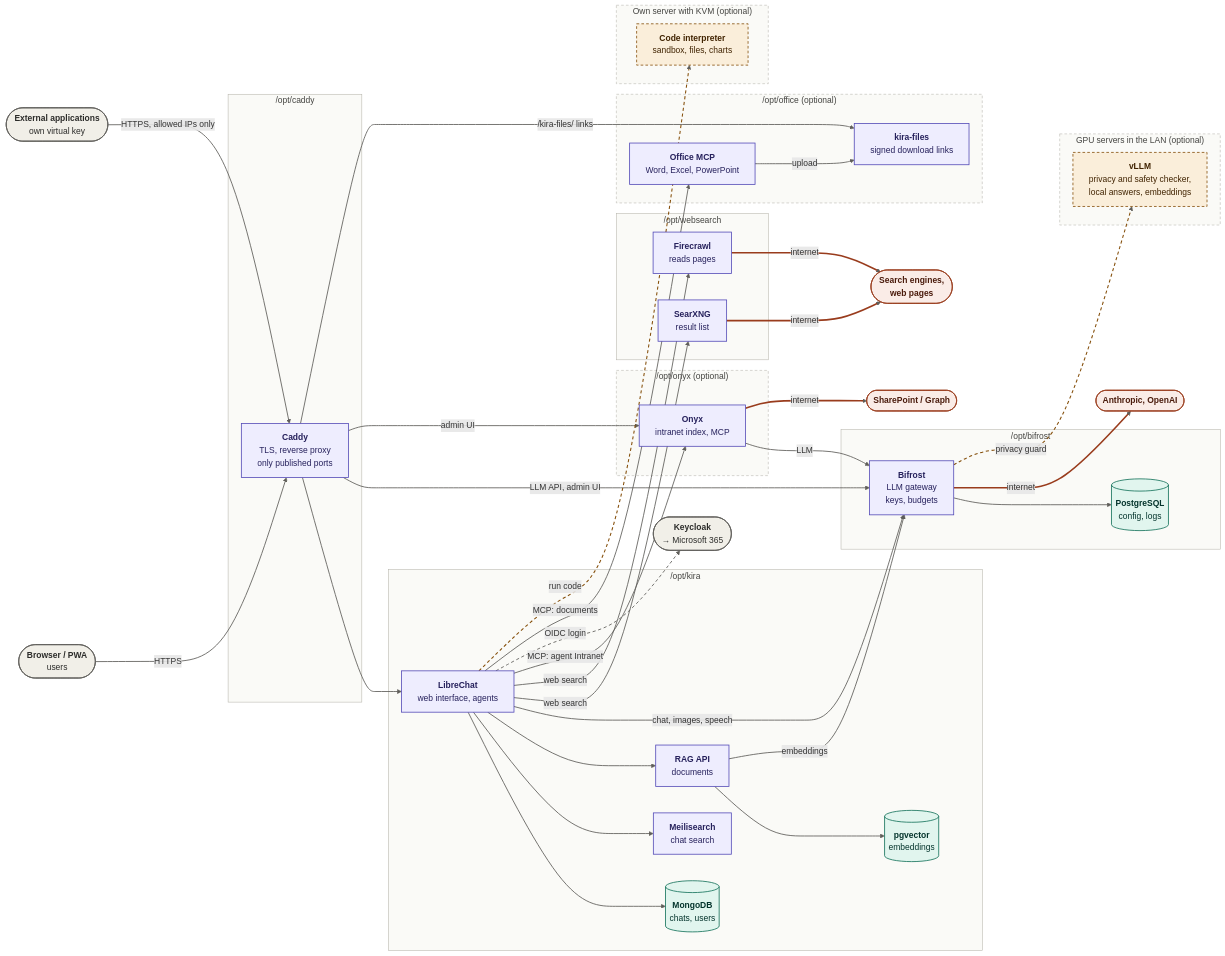
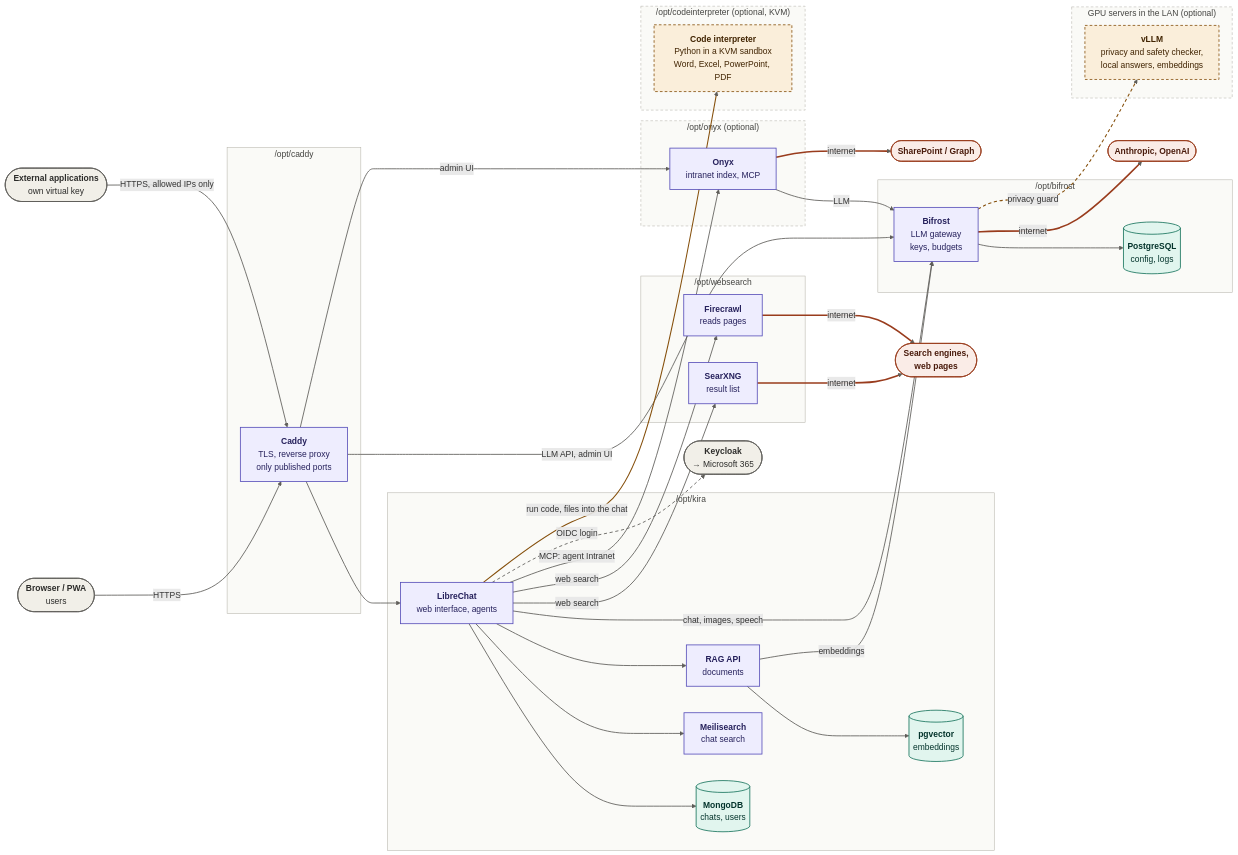
The diagram in kira/docs/architecture.mmd (mrprohl/KIRA), drawn with Mermaid before and after one commit. The commit also changed 33 other files, not shown here.

First line of the commit message:
Code interpreter as a local stack; documents directly in the chat

```diff
--- a/kira/docs/architecture.mmd
+++ b/kira/docs/architecture.mmd
@@ -1,88 +1,79 @@
 %% Source of docs/architecture.png – render: mmdc -i architecture.mmd -o architecture.png -b white -w 3600 -s 3 -c <config with "layout":"elk">
 flowchart LR
   U([<b>Browser / PWA</b><br/>users]) -->|HTTPS| C
   EXT([<b>External applications</b><br/>own virtual key]) -->|HTTPS, allowed IPs only| C
 
   subgraph caddy["/opt/caddy"]
     C[<b>Caddy</b><br/>TLS, reverse proxy<br/>only published ports]
   end
 
   subgraph kira["/opt/kira"]
     LC[<b>LibreChat</b><br/>web interface, agents]
     MO[(<b>MongoDB</b><br/>chats, users)]
     ME[<b>Meilisearch</b><br/>chat search]
     RAG[<b>RAG API</b><br/>documents]
     VDB[(<b>pgvector</b><br/>embeddings)]
   end
 
   subgraph bifrost["/opt/bifrost"]
     BF[<b>Bifrost</b><br/>LLM gateway<br/>keys, budgets]
     BDB[(<b>PostgreSQL</b><br/>config, logs)]
   end
 
   subgraph websearch["/opt/websearch"]
     SX[<b>SearXNG</b><br/>result list]
     FC[<b>Firecrawl</b><br/>reads pages]
   end
 
   subgraph onyx["/opt/onyx (optional)"]
     OX[<b>Onyx</b><br/>intranet index, MCP]
   end
 
-  subgraph office["/opt/office (optional)"]
-    OM[<b>Office MCP</b><br/>Word, Excel, PowerPoint]
-    OF[<b>kira-files</b><br/>signed download links]
-  end
-
-  subgraph code["Own server with KVM (optional)"]
-    CI[<b>Code interpreter</b><br/>sandbox, files, charts]
+  subgraph code["/opt/codeinterpreter (optional, KVM)"]
+    CI[<b>Code interpreter</b><br/>Python in a KVM sandbox<br/>Word, Excel, PowerPoint, PDF]
   end
 
   subgraph gpu["GPU servers in the LAN (optional)"]
     VL[<b>vLLM</b><br/>privacy and safety checker,<br/>local answers, embeddings]
   end
 
   C --> LC
   C -->|LLM API, admin UI| BF
   C -->|admin UI| OX
   LC --> MO & ME & RAG
   RAG --> VDB
   LC -->|chat, images, speech| BF
   RAG -->|embeddings| BF
   LC -->|web search| SX & FC
   LC -->|MCP: agent Intranet| OX
   OX -->|LLM| BF
   BF --> BDB
   LC -.->|OIDC login| KC([<b>Keycloak</b><br/>→ Microsoft 365])
   BF ==>|internet| AI([<b>Anthropic, OpenAI</b>])
   SX & FC ==>|internet| WEB([<b>Search engines,<br/>web pages</b>])
   OX ==>|internet| SP([<b>SharePoint / Graph</b>])
   BF -.->|privacy guard| VL
-  LC -->|MCP: documents| OM
-  OM -->|upload| OF
-  C -->|/kira-files/ links| OF
-  LC -.->|run code| CI
+  LC -->|run code, files into the chat| CI
 
   classDef ext fill:#F1EFE8,stroke:#5F5E5A,color:#2C2C2A,stroke-width:1.5px
   classDef svc fill:#EEEDFE,stroke:#534AB7,color:#26215C,stroke-width:1.5px
   classDef data fill:#E1F5EE,stroke:#0F6E56,color:#04342C,stroke-width:1.5px
   classDef net fill:#FAECE7,stroke:#993C1D,color:#4A1B0C,stroke-width:1.5px
   class U,EXT,KC ext
   class C,LC,ME,RAG,BF,SX,FC,OX svc
   class MO,VDB,BDB data
   class AI,WEB,SP net
   classDef opt fill:#FAEEDA,stroke:#854F0B,color:#412402,stroke-width:1.5px,stroke-dasharray:5 4
   class VL,CI opt
-  class OM,OF svc
   style caddy fill:#FAFAF7,stroke:#B4B2A9,stroke-width:1px,color:#444441
   style kira fill:#FAFAF7,stroke:#B4B2A9,stroke-width:1px,color:#444441
   style bifrost fill:#FAFAF7,stroke:#B4B2A9,stroke-width:1px,color:#444441
   style websearch fill:#FAFAF7,stroke:#B4B2A9,stroke-width:1px,color:#444441
   style onyx fill:#FAFAF7,stroke:#B4B2A9,stroke-width:1px,stroke-dasharray:5 4,color:#444441
-  style office fill:#FAFAF7,stroke:#B4B2A9,stroke-width:1px,stroke-dasharray:5 4,color:#444441
   style code fill:#FAFAF7,stroke:#B4B2A9,stroke-width:1px,stroke-dasharray:5 4,color:#444441
   style gpu fill:#FAFAF7,stroke:#B4B2A9,stroke-width:1px,stroke-dasharray:5 4,color:#444441
   linkStyle default stroke:#5F5E5A,stroke-width:1.6px
   linkStyle 17,18,19,20 stroke:#993C1D,stroke-width:3px
   linkStyle 16 stroke:#5F5E5A,stroke-width:1.6px,stroke-dasharray:6 5
-  linkStyle 21,25 stroke:#854F0B,stroke-width:2px,stroke-dasharray:6 5
+  linkStyle 21 stroke:#854F0B,stroke-width:2px,stroke-dasharray:6 5
+  linkStyle 22 stroke:#854F0B,stroke-width:2px
```
